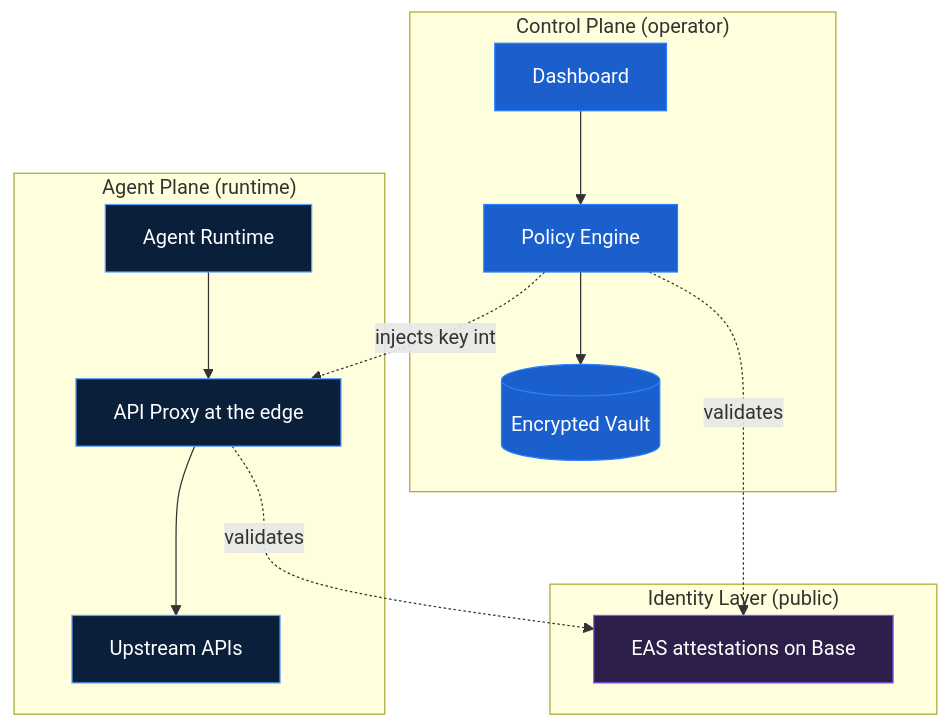
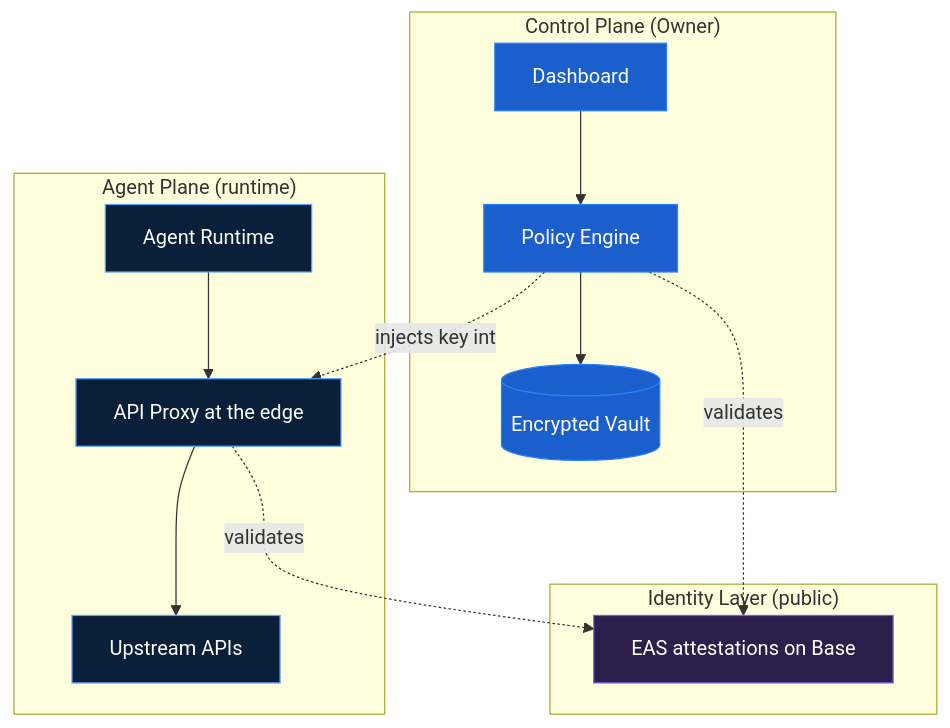
The first of 2 diagrams in architecture.mdx (VitroTech/agentroot-docs), drawn with Mermaid before and after one commit. The commit also changed other lines of this file and 31 other files, not shown here.

````diff
--- a/architecture.mdx
+++ b/architecture.mdx
@@ -14,33 +14,33 @@
 ```mermaid
 flowchart TB
-    subgraph CP["Control Plane (operator)"]
+    subgraph CP["Control Plane (Owner)"]
         DSH[Dashboard]
         POL[Policy Engine]
         VAULT[(Encrypted Vault)]
         DSH --> POL
         POL --> VAULT
     end
 
     subgraph AP["Agent Plane (runtime)"]
         AGENT[Agent Runtime]
         PROXY[API Proxy at the edge]
         UP[Upstream APIs]
         AGENT --> PROXY
         PROXY --> UP
     end
 
     subgraph IL["Identity Layer (public)"]
         EAS[EAS attestations on Base]
     end
 
     POL -.validates.-> EAS
     PROXY -.validates.-> EAS
     POL -.injects key into.-> PROXY
 
     classDef control fill:#1A5FCC,stroke:#2981FF,color:#fff
     classDef agent fill:#0a1f3a,stroke:#5BA0FF,color:#fff
     classDef chain fill:#2d1f4a,stroke:#7C5CFC,color:#fff
     class DSH,POL,VAULT control
     class AGENT,PROXY,UP agent
     class EAS chain
 ```
````
